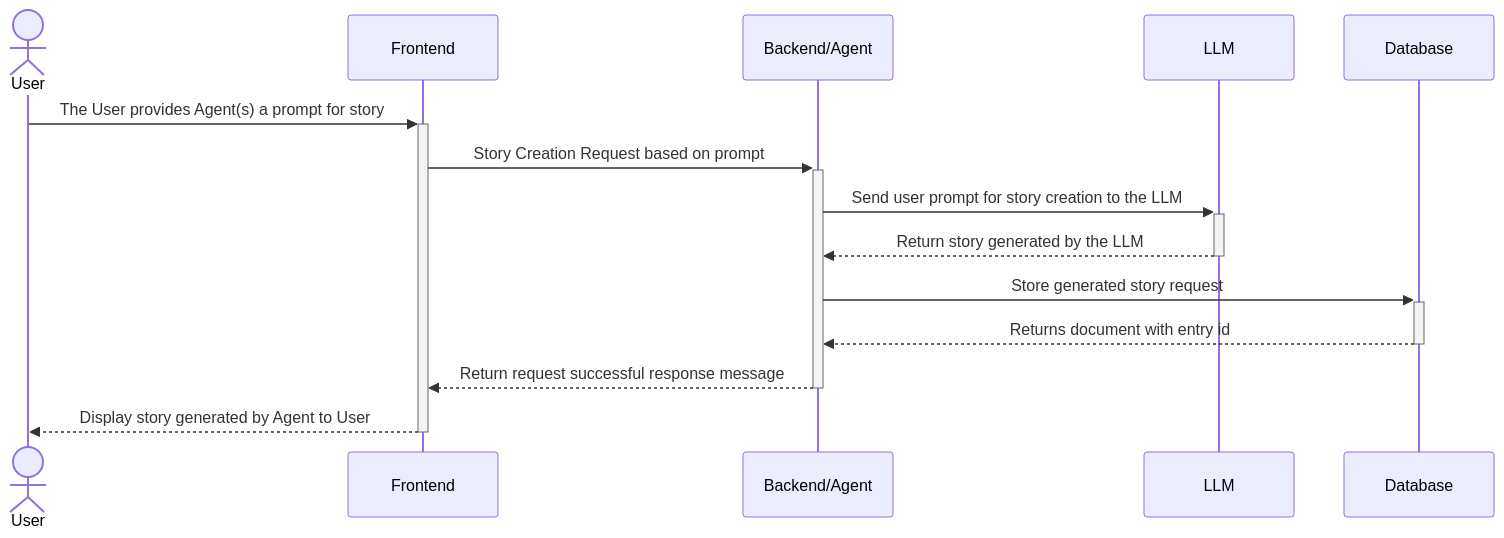
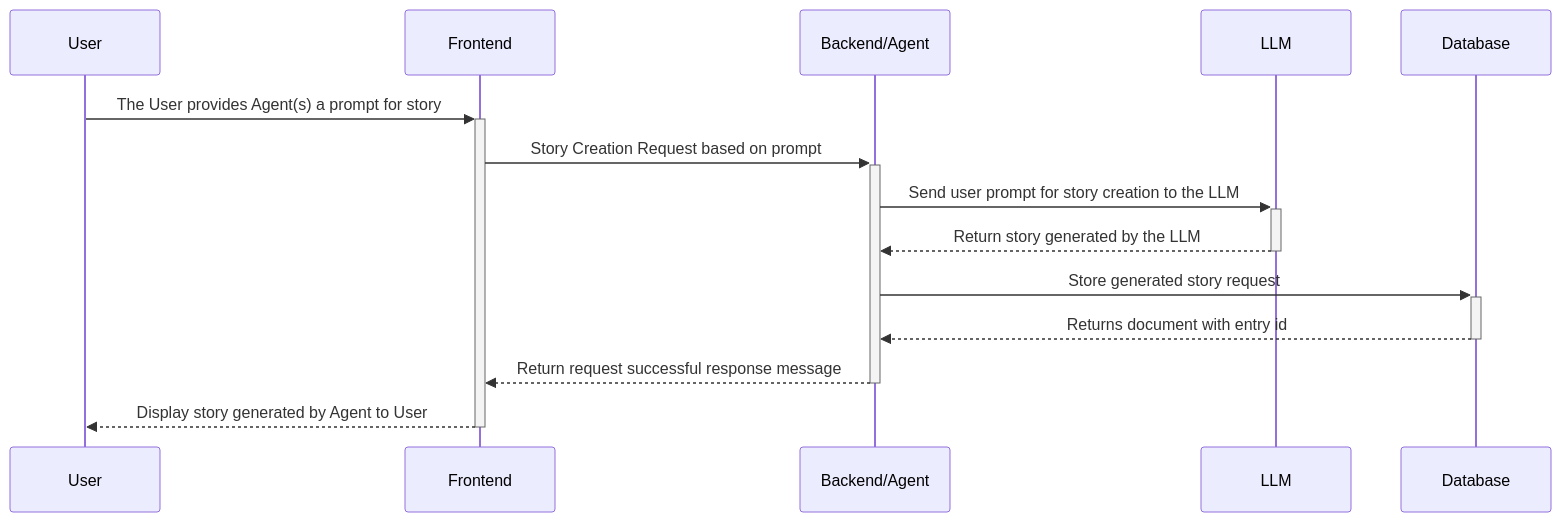
Before and after one commit to Capstone-Projects-2025-Spring/project-003-story-builder-team-1: the first of 2 diagrams in documentation/docs/system-architecture/sequence-diagrams.md, drawn with Mermaid. The commit also changed other lines of this file, not shown here.

Commit message:
Updated account creation sequence diagram

````diff
--- a/documentation/docs/system-architecture/sequence-diagrams.md
+++ b/documentation/docs/system-architecture/sequence-diagrams.md
@@ -9,16 +9,16 @@
 ```mermaid
 sequenceDiagram
-    actor User
+    participant User
     participant Frontend
     participant Backend/Agent
     participant LLM
     participant Database
     User->>+Frontend: The User provides Agent(s) a prompt for story
     Frontend->>+Backend/Agent: Story Creation Request based on prompt
     Backend/Agent->>+LLM: Send user prompt for story creation to the LLM
     LLM-->>-Backend/Agent: Return story generated by the LLM
     Backend/Agent->>+Database: Store generated story request
     Database-->>-Backend/Agent: Returns document with entry id
     Backend/Agent-->>-Frontend: Return request successful response message
     Frontend-->>-User: Display story generated by Agent to User
 ```
````
